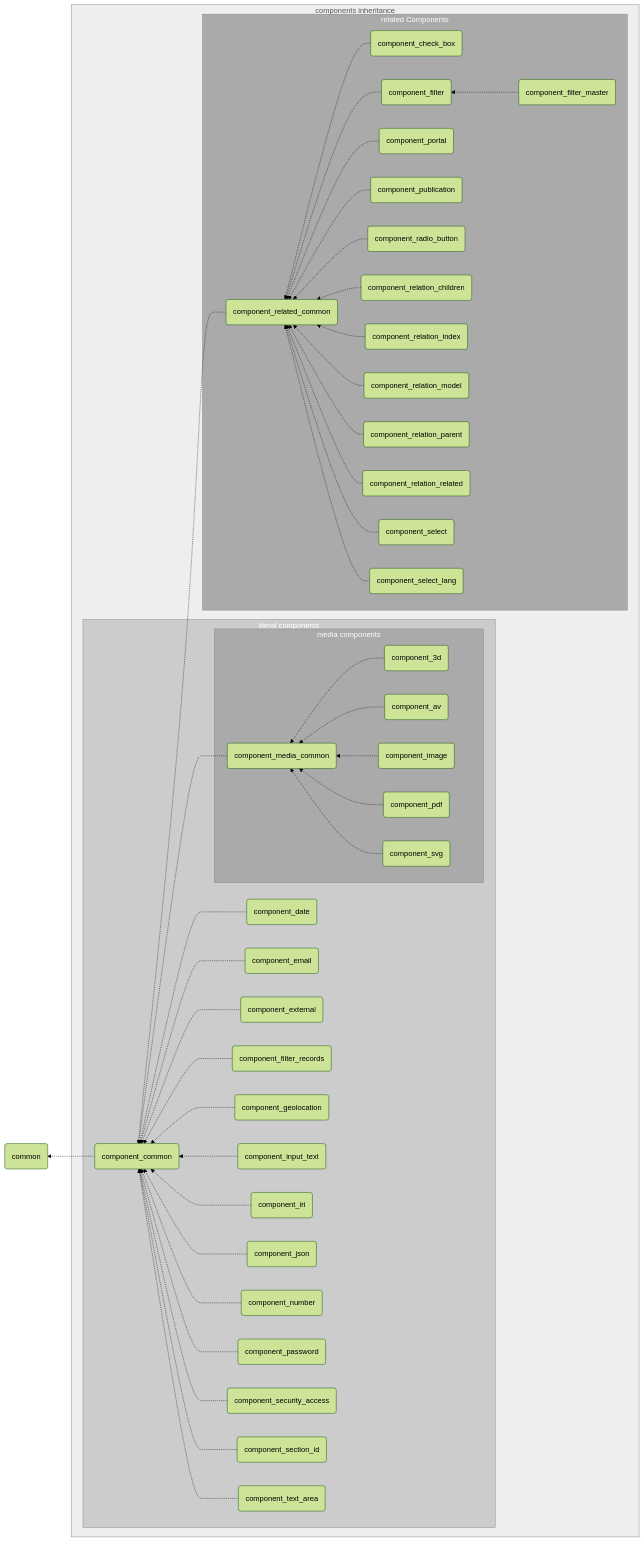
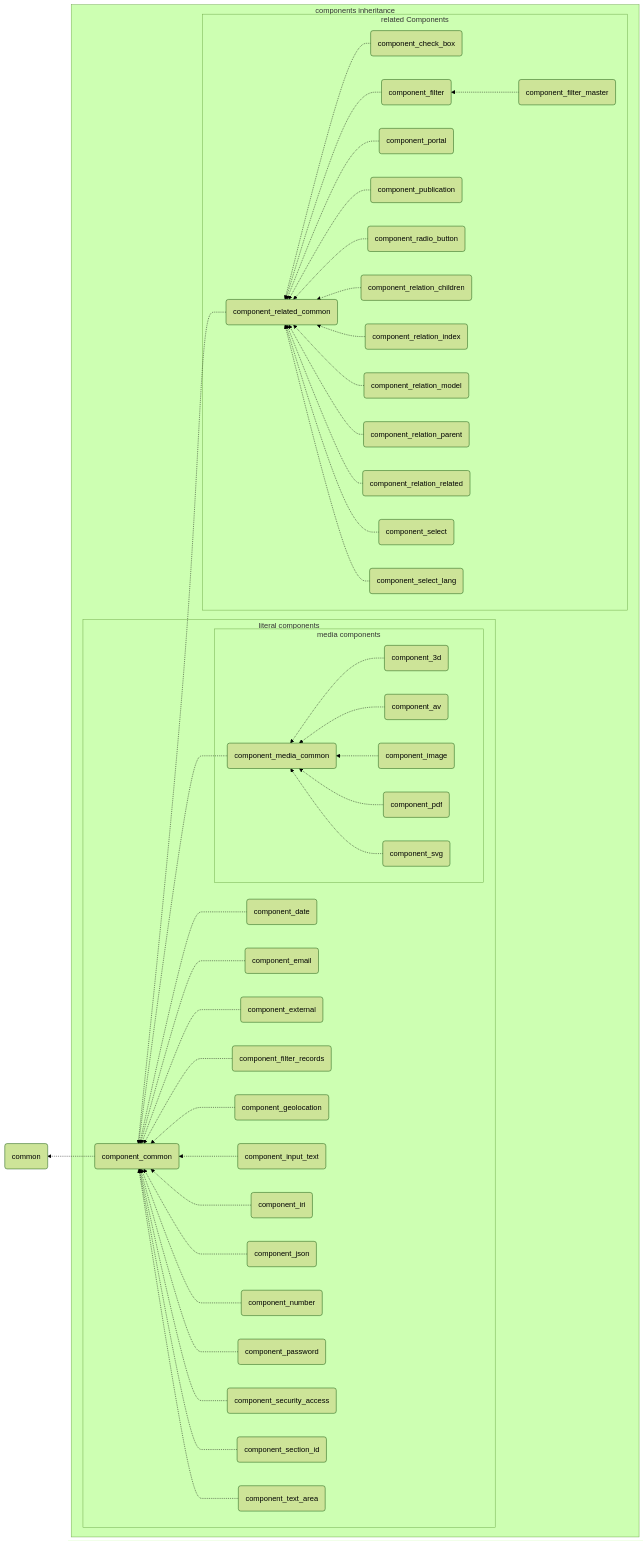
The diagram in docs/core/components/introduction.md (renderpci/dedalo), drawn with Mermaid (forest theme) before and after one commit. The commit also changed 1 other file, not shown here.

Commit message:
Removed css in mermaid graph in introduction documentation of components

````diff
--- a/docs/core/components/introduction.md
+++ b/docs/core/components/introduction.md
@@ -117,49 +117,45 @@
 ```mermaid
     flowchart RL
        B("component_common") -.-> A("common")
          subgraph inheritance["components inheritance"]
             BA("component_media_common") -.-> B
             BB("component_related_common")  -.-> B
             subgraph literal["literal components"]
                 BC("component_date") -.-> B
                 BD("component_email") -.-> B
                 BE("component_external") -.-> B
                 BF("component_filter_records") -.-> B
                 BG("component_geolocation") -.-> B
                 BH("component_input_text") -.-> B
                 BI("component_iri") -.-> B
                 BJ("component_json") -.-> B
                 BK("component_number") -.-> B
                 BL("component_password") -.-> B
                 BM("component_security_access") -.-> B
                 BN("component_section_id") -.-> B
                 BO("component_text_area") -.-> B
                 subgraph media["media components"]
                    BAA("component_3d") -.-> BA
                    BAB("component_av") -.-> BA
                    BAC("component_image") -.-> BA
                    BAD("component_pdf") -.-> BA
                    BAF("component_svg") -.-> BA
                     end
                 end
             subgraph related["related Components"]
                 BBA("component_check_box") -.-> BB
                 BBB("component_filter") -.-> BB
                 BBBA("component_filter_master") -.-> BBB
                 BBC("component_portal") -.-> BB
                 BBD("component_publication") -.-> BB
                 BBE("component_radio_button") -.-> BB
                 BBF("component_relation_children") -.-> BB
                 BBG("component_relation_index") -.-> BB
                 BBH("component_relation_model") -.-> BB
                 BBI("component_relation_parent") -.-> BB
                 BBJ("component_relation_related") -.-> BB
                 BBK("component_select") -.-> BB
                 BBL("component_select_lang") -.-> BB
             end
         end
-        style inheritance fill:#eee,color:#555,stroke:#888;
-        style literal fill:#ccc,color:#ffffff,stroke:#888;
-        style media fill:#aaa,color:#ffffff,stroke:#888;
-        style related fill:#aaa,color:#ffffff,stroke:#888;
 ```
````
